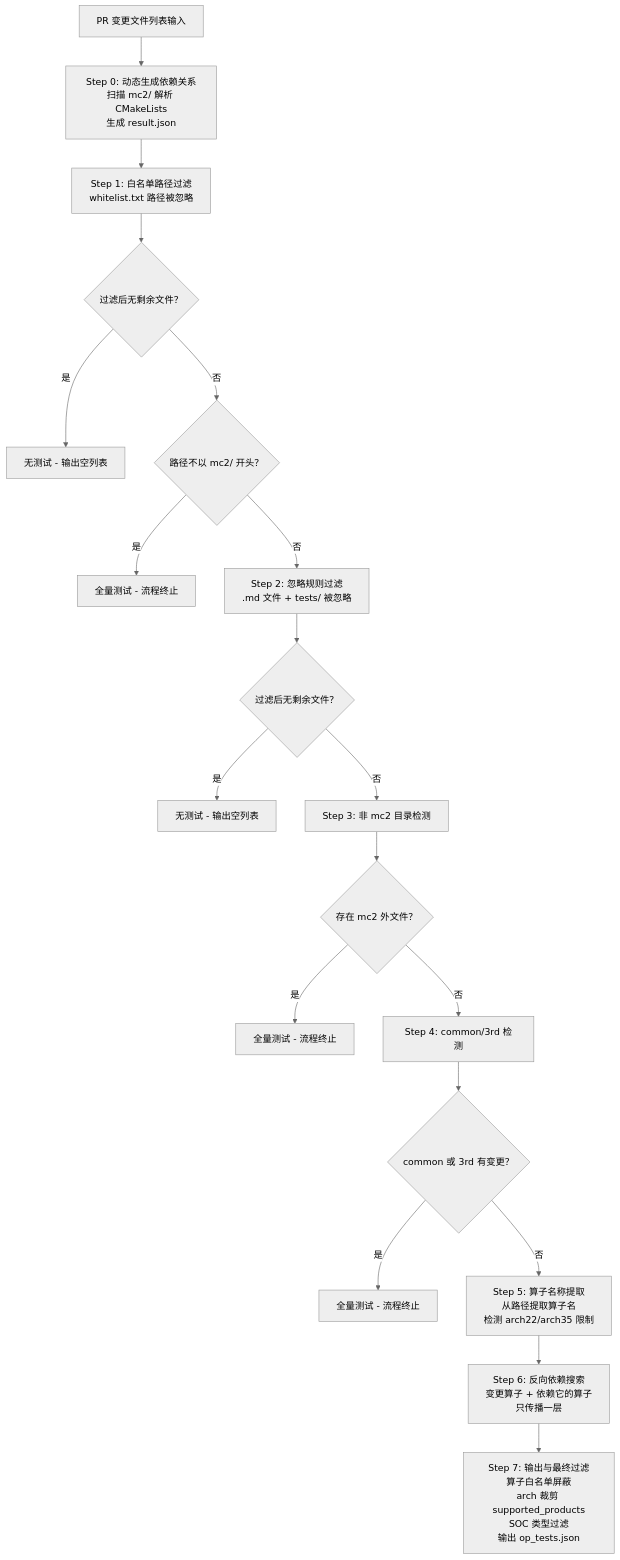
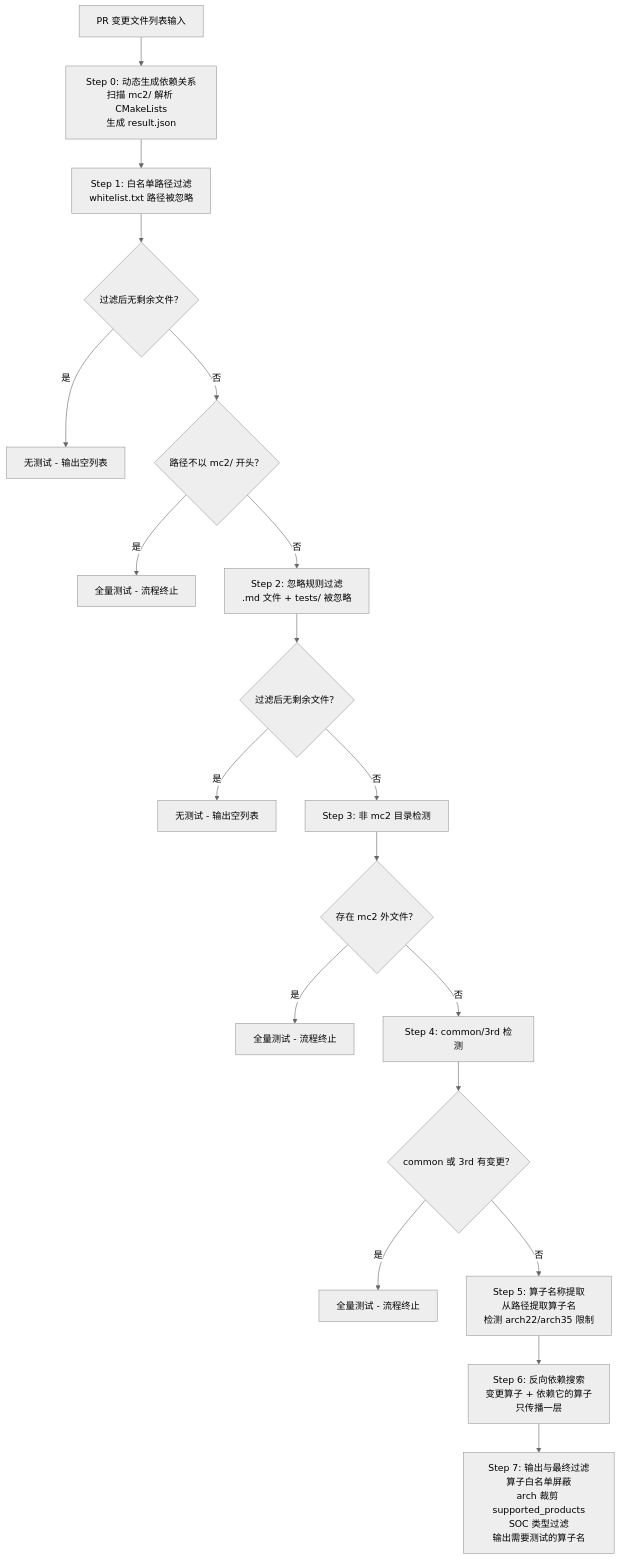
Before and after one commit to ChunnX/ops-transformer: the diagram in op_filters/Wiki.md, drawn with Mermaid (neutral theme). The commit also changed other lines of this file, not shown here.

First line of the commit message:
Wiki流程图输出改为算子名，踢出行用引用块灰色背景标注

````diff
--- a/op_filters/Wiki.md
+++ b/op_filters/Wiki.md
@@ -19,21 +19,21 @@
 ```mermaid
 flowchart TD
     A["PR 变更文件列表输入"] --> B["Step 0: 动态生成依赖关系<br>扫描 mc2/ 解析 CMakeLists<br>生成 result.json"]
     B --> C["Step 1: 白名单路径过滤<br>whitelist.txt 路径被忽略"]
     C --> D{"过滤后无剩余文件？"}
     D -- 是 --> E1["无测试 - 输出空列表"]
     D -- 否 --> X{"路径不以 mc2/ 开头？"}
     X -- 是 --> J0["全量测试 - 流程终止"]
     X -- 否 --> F["Step 2: 忽略规则过滤<br>.md 文件 + tests/ 被忽略"]
     F --> G{"过滤后无剩余文件？"}
     G -- 是 --> E2["无测试 - 输出空列表"]
     G -- 否 --> H["Step 3: 非 mc2 目录检测"]
     H --> I{"存在 mc2 外文件？"}
     I -- 是 --> J1["全量测试 - 流程终止"]
     I -- 否 --> K["Step 4: common/3rd 检测"]
     K --> L{"common 或 3rd 有变更？"}
     L -- 是 --> J2["全量测试 - 流程终止"]
     L -- 否 --> M["Step 5: 算子名称提取<br>从路径提取算子名<br>检测 arch22/arch35 限制"]
     M --> N["Step 6: 反向依赖搜索<br>变更算子 + 依赖它的算子<br>只传播一层"]
-    N --> O["Step 7: 输出与最终过滤<br>算子白名单屏蔽<br>arch 裁剪 supported_products<br>SOC 类型过滤<br>输出 op_tests.json"]
+    N --> O["Step 7: 输出与最终过滤<br>算子白名单屏蔽<br>arch 裁剪 supported_products<br>SOC 类型过滤<br>输出需要测试的算子名"]
 ```
````
